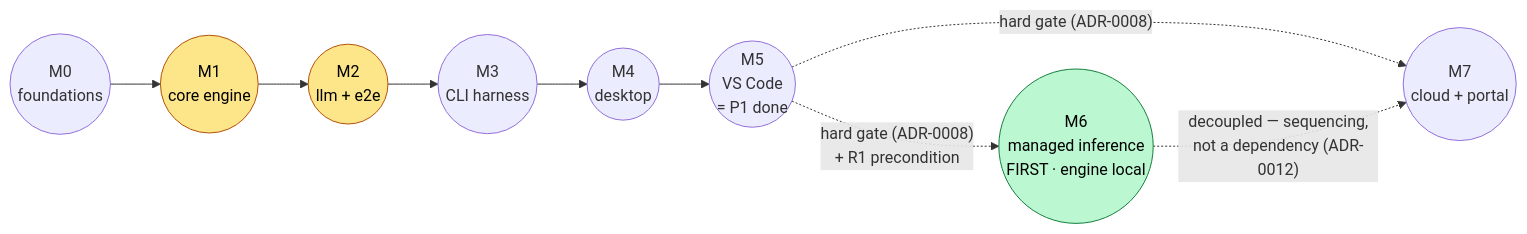
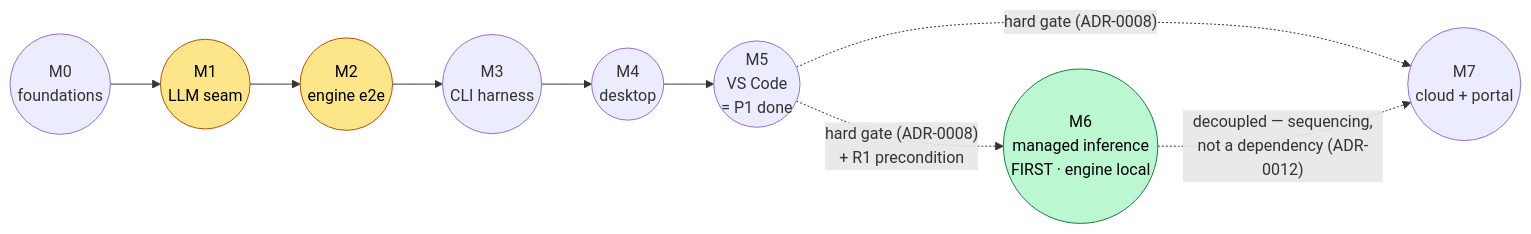
One commit to HodeTech/Relavium changed the second of 2 diagrams in docs/roadmap/README.md. Above: the diagram before and after it, drawn with Mermaid. The commit also changed other lines of this file and 6 other files, not shown here.

First line of the commit message:
docs(roadmap): pivot + hardening workstreams; phase-3 renumber; fix M1/M2 spine inversion

````diff
--- a/docs/roadmap/README.md
+++ b/docs/roadmap/README.md
@@ -162,16 +162,16 @@
 ```mermaid
 flowchart LR
-    M0(("M0<br/>foundations")) --> M1(("M1<br/>core engine"))
-    M1 --> M2(("M2<br/>llm + e2e"))
+    M0(("M0<br/>foundations")) --> M1(("M1<br/>LLM seam"))
+    M1 --> M2(("M2<br/>engine e2e"))
     M2 --> M3(("M3<br/>CLI harness"))
     M3 --> M4(("M4<br/>desktop"))
     M4 --> M5(("M5<br/>VS Code<br/>= P1 done"))
     M5 -. "hard gate (ADR-0008)<br/>+ R1 precondition" .-> M6(("M6<br/>managed inference<br/>FIRST · engine local"))
     M5 -. "hard gate (ADR-0008)" .-> M7(("M7<br/>cloud + portal"))
     M6 -. "decoupled — sequencing,<br/>not a dependency (ADR-0012)" .-> M7
 
     classDef crit fill:#fde68a,stroke:#b45309,color:#000;
     classDef rev fill:#bbf7d0,stroke:#15803d,color:#000;
     class M1,M2 crit;
     class M6 rev;
 ```
````
